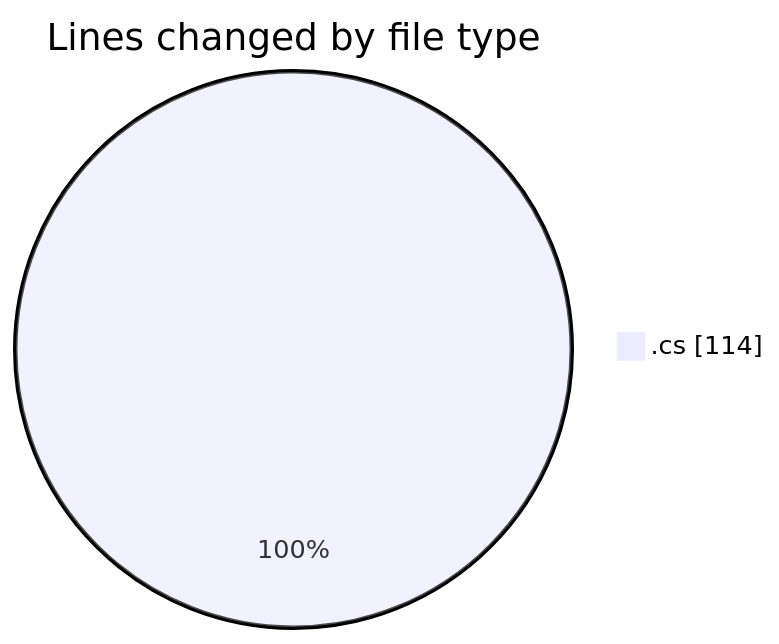
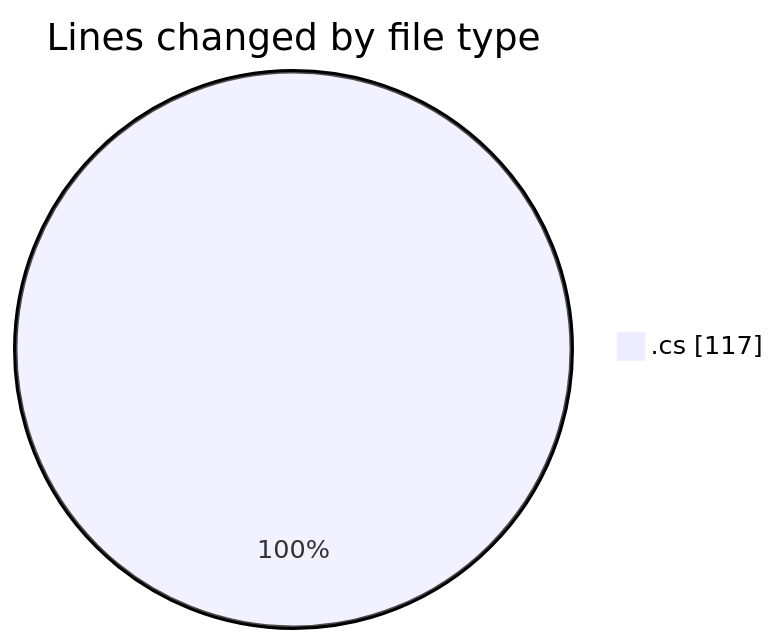
The first of 2 diagrams in 2025-03-30/front-end/README.md (Netris89/code-tracking), drawn with Mermaid before and after one commit. The commit also changed other lines of this file and 1 other file, not shown here.

````diff
--- a/2025-03-30/front-end/README.md
+++ b/2025-03-30/front-end/README.md
@@ -20,5 +20,5 @@
 ```mermaid
 pie showData
 title Lines changed by file type
-".cs" : 114
+".cs" : 117
 ```
````
